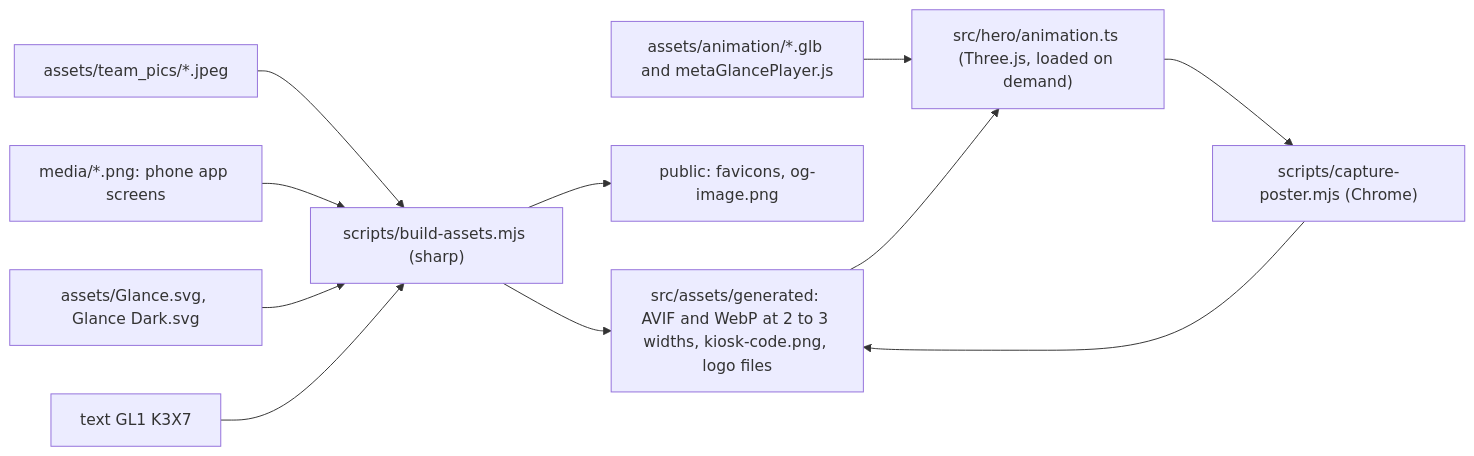
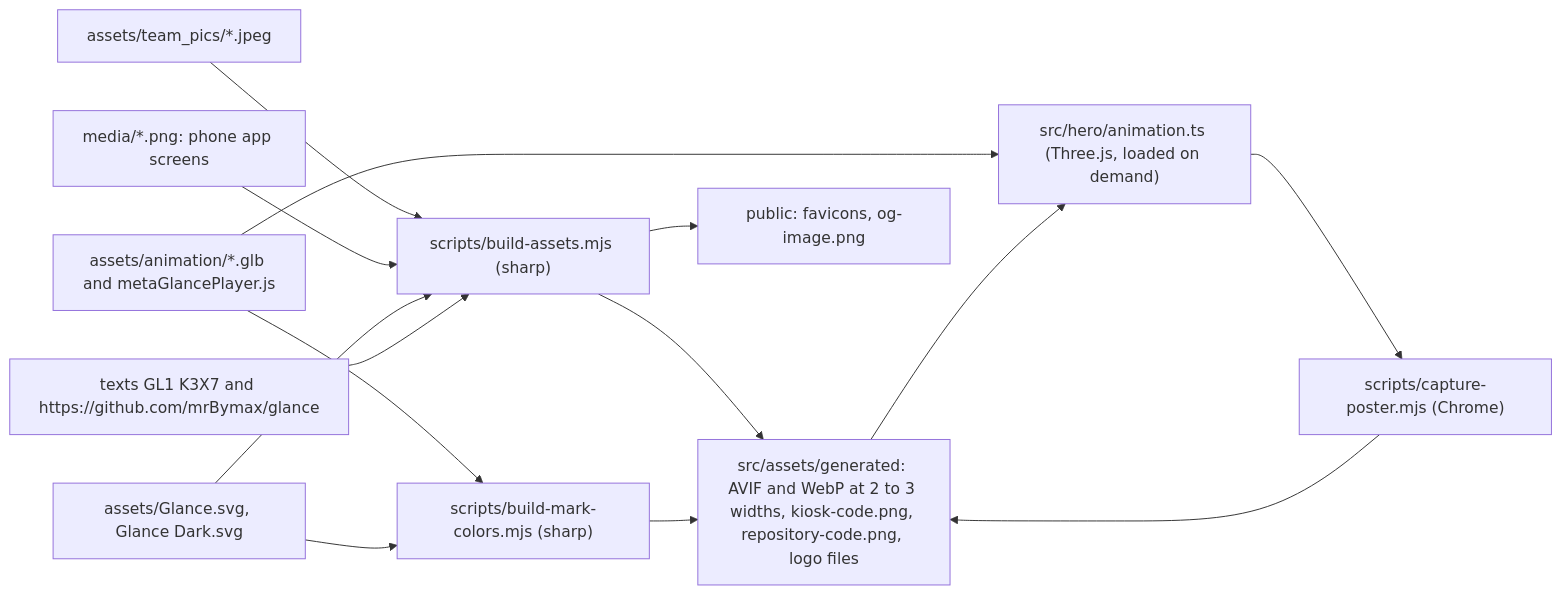
Before and after one commit to mrBymax/glance: the diagram in apps/site/README.md, drawn with Mermaid. The commit also changed other lines of this file and 1 other file, not shown here.

First line of the commit message:
docs(site): describe the logo mark and the repository card

````diff
--- a/apps/site/README.md
+++ b/apps/site/README.md
@@ -64,13 +64,16 @@
 ```mermaid
 flowchart LR
   photos["assets/team_pics/*.jpeg"] --> build["scripts/build-assets.mjs (sharp)"]
   captures["media/*.png: phone app screens"] --> build
   logos["assets/Glance.svg, Glance Dark.svg"] --> build
-  qr["text GL1 K3X7"] --> build
-  build --> generated["src/assets/generated: AVIF and WebP at 2 to 3 widths, kiosk-code.png, logo files"]
+  qr["texts GL1 K3X7 and https://github.com/mrBymax/glance"] --> build
+  build --> generated["src/assets/generated: AVIF and WebP at 2 to 3 widths, kiosk-code.png, repository-code.png, logo files"]
   build --> icons["public: favicons, og-image.png"]
   glb["assets/animation/*.glb and metaGlancePlayer.js"] --> hero["src/hero/animation.ts (Three.js, loaded on demand)"]
+  glb --> colors["scripts/build-mark-colors.mjs (sharp)"]
+  logos --> colors
+  colors --> generated
   generated --> hero
   hero --> poster["scripts/capture-poster.mjs (Chrome)"]
   poster --> generated
 ```
````
